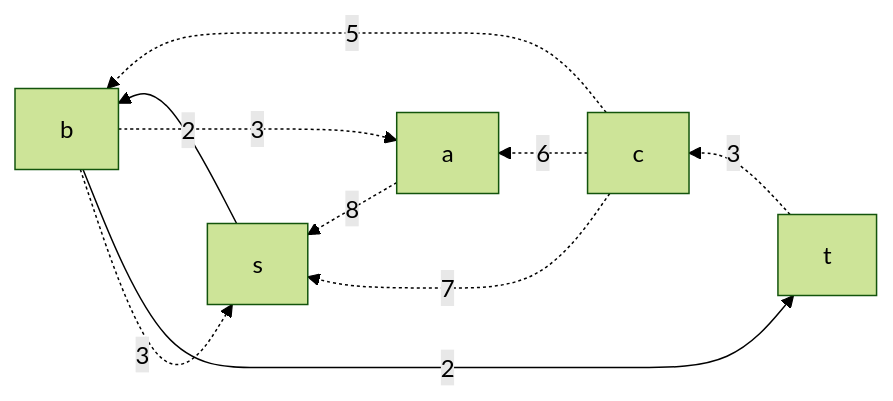
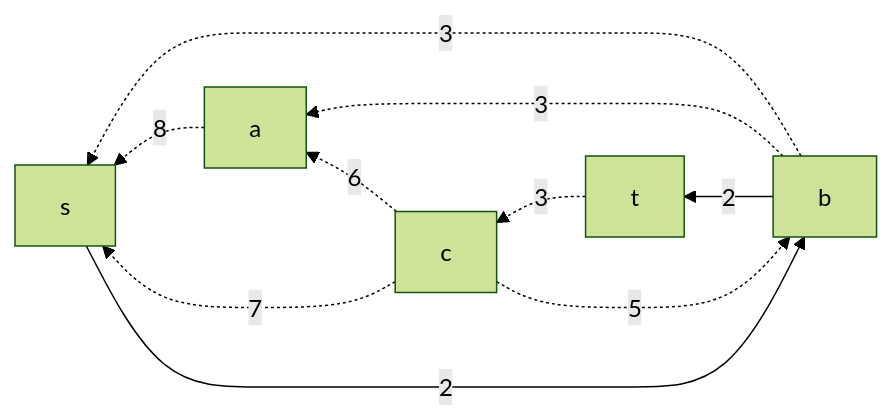
The third of 8 diagrams in task_14/Mongolian_tomatoes_task_14.md (HSE-algo-23-crow/manual_tasks), drawn with Mermaid (forest theme) before and after one commit. The commit also changed other lines of this file, not shown here.

````diff
--- a/task_14/Mongolian_tomatoes_task_14.md
+++ b/task_14/Mongolian_tomatoes_task_14.md
@@ -44,13 +45,13 @@
 ```mermaid
 graph RL
+    b-.->|3|s
+    c-.->|5|b
+    s-->|2|b
+    b-->|2|t
+    b-.->|3|a
+    a-.->|8|s
     t-.->|3|c
-    b-.->|3|a
     c-.->|6|a
-    c-.->|5|b
-    b-->|2|t
-    a-.->|8|s
     c-.->|7|s
-    b-.->|3|s
-    s-->|2|b
 
 ```
````
